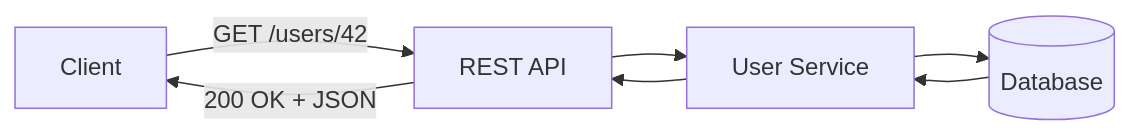
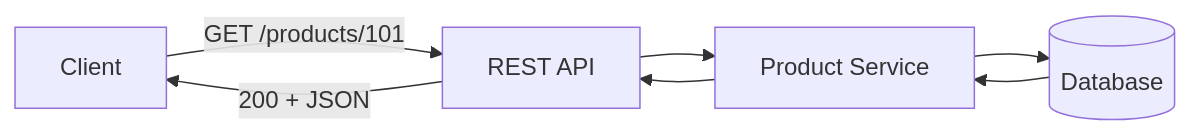
One commit to AvadhBhalodiya/Interview-Preparation changed the second of 6 diagrams in src/content/api-design/rest-vs-graphql-vs-grpc.md. Above: the diagram before and after it, drawn with Mermaid. The commit also changed other lines of this file and 54 other files, not shown here.

````diff
--- a/src/content/api-design/rest-vs-graphql-vs-grpc.md
+++ b/src/content/api-design/rest-vs-graphql-vs-grpc.md
@@ -94,9 +89,9 @@
 ```mermaid
 flowchart LR
-    C[Client] -->|GET /users/42| A[REST API]
-    A --> U[User Service]
-    U --> D[(Database)]
-    D --> U
-    U --> A
-    A -->|200 OK + JSON| C
+    C[Client] -->|GET /products/101| API[REST API]
+    API --> S[Product Service]
+    S --> DB[(Database)]
+    DB --> S
+    S --> API
+    API -->|200 + JSON| C
 ```
````
